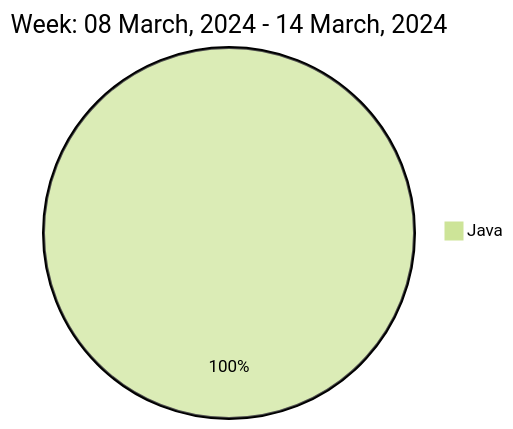
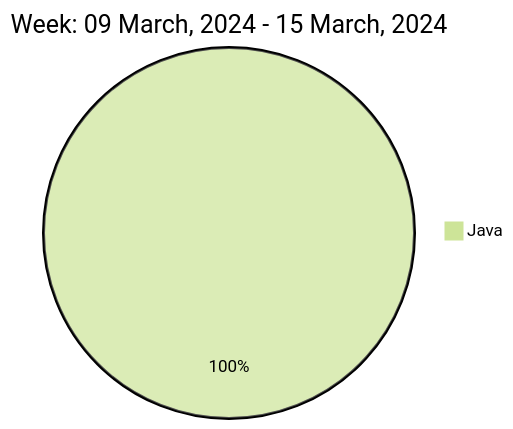
Before and after one commit to liubin95/liubin95: the diagram in README.md, drawn with Mermaid (forest theme).

Commit message:
Updated the Graph with new Metrics

````diff
--- a/README.md
+++ b/README.md
@@ -37,5 +37,5 @@
 ```mermaid
  pie
-title Week: 08 March, 2024 - 14 March, 2024
- "Java" : 0.68
+title Week: 09 March, 2024 - 15 March, 2024
+ "Java" : 0.72
 ```
````
